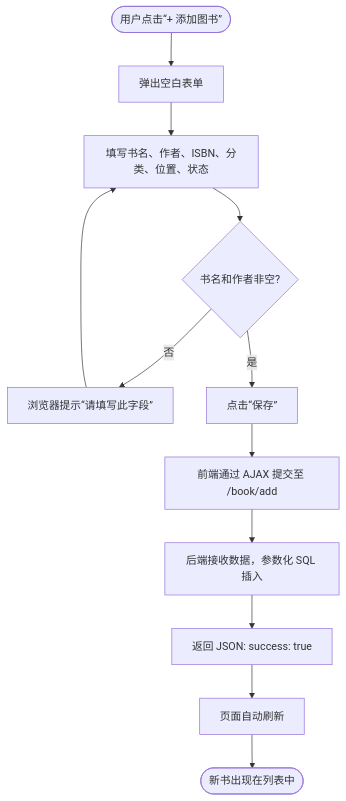
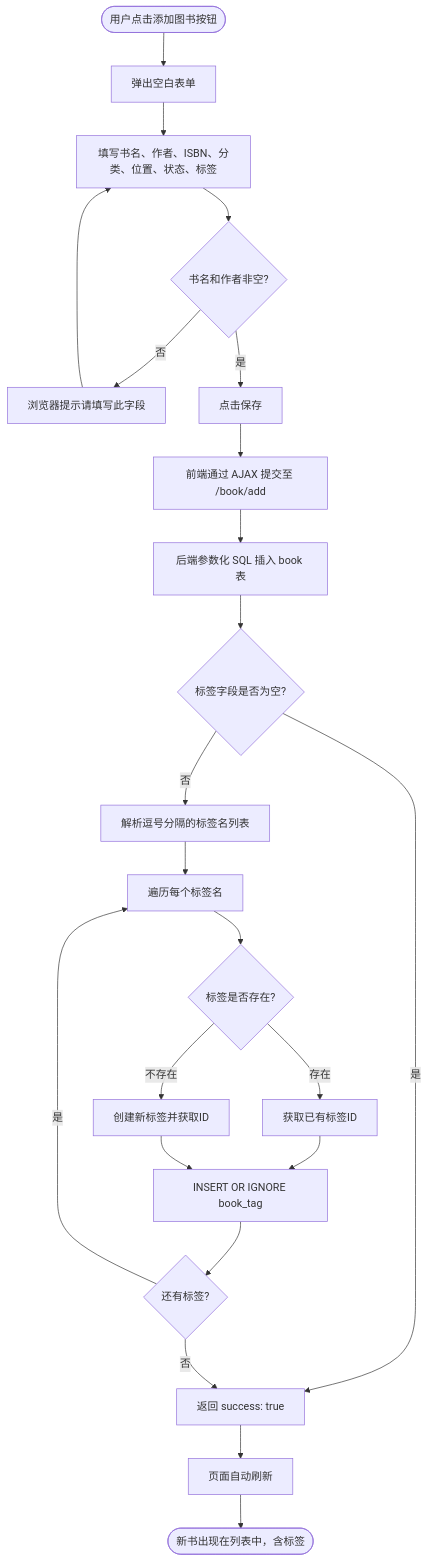
One commit to immortal-water/iw_book_manager changed the second of 12 diagrams in docs/requirements/业务流程图.md. Above: the diagram before and after it, drawn with Mermaid. The commit also changed other lines of this file and 4 other files, not shown here.

````diff
--- a/docs/requirements/业务流程图.md
+++ b/docs/requirements/业务流程图.md
@@ -45,14 +68,25 @@
 ```mermaid
 flowchart TD
-    Start([用户点击“+ 添加图书”]) --> OpenModal[弹出空白表单]
-    OpenModal --> Input[填写书名、作者、ISBN、分类、位置、状态]
+    Start([用户点击添加图书按钮]) --> OpenModal[弹出空白表单]
+    OpenModal --> Input[填写书名、作者、ISBN、分类、位置、状态、标签]
     Input --> Check{书名和作者非空?}
-    Check -->|否| ShowError[浏览器提示“请填写此字段”]
+    Check -->|否| ShowError[浏览器提示请填写此字段]
     ShowError --> Input
-    Check -->|是| Submit[点击“保存”]
+    Check -->|是| Submit[点击保存]
     Submit --> Ajax[前端通过 AJAX 提交至 /book/add]
-    Ajax --> Backend[后端接收数据，参数化 SQL 插入]
-    Backend --> Success[返回 JSON: success: true]
+    Ajax --> InsertBook[后端参数化 SQL 插入 book 表]
+    InsertBook --> HasTags{标签字段是否为空?}
+    HasTags -->|是| Success[返回 success: true]
+    HasTags -->|否| ParseTags[解析逗号分隔的标签名列表]
+    ParseTags --> ForEach[遍历每个标签名]
+    ForEach --> FindTag{标签是否存在?}
+    FindTag -->|存在| GetTagId[获取已有标签ID]
+    FindTag -->|不存在| CreateTag[创建新标签并获取ID]
+    GetTagId --> InsertRelation[INSERT OR IGNORE book_tag]
+    CreateTag --> InsertRelation
+    InsertRelation --> MoreTags{还有标签?}
+    MoreTags -->|是| ForEach
+    MoreTags -->|否| Success
     Success --> Reload[页面自动刷新]
-    Reload --> End([新书出现在列表中])
+    Reload --> End([新书出现在列表中，含标签])
 ```
````
